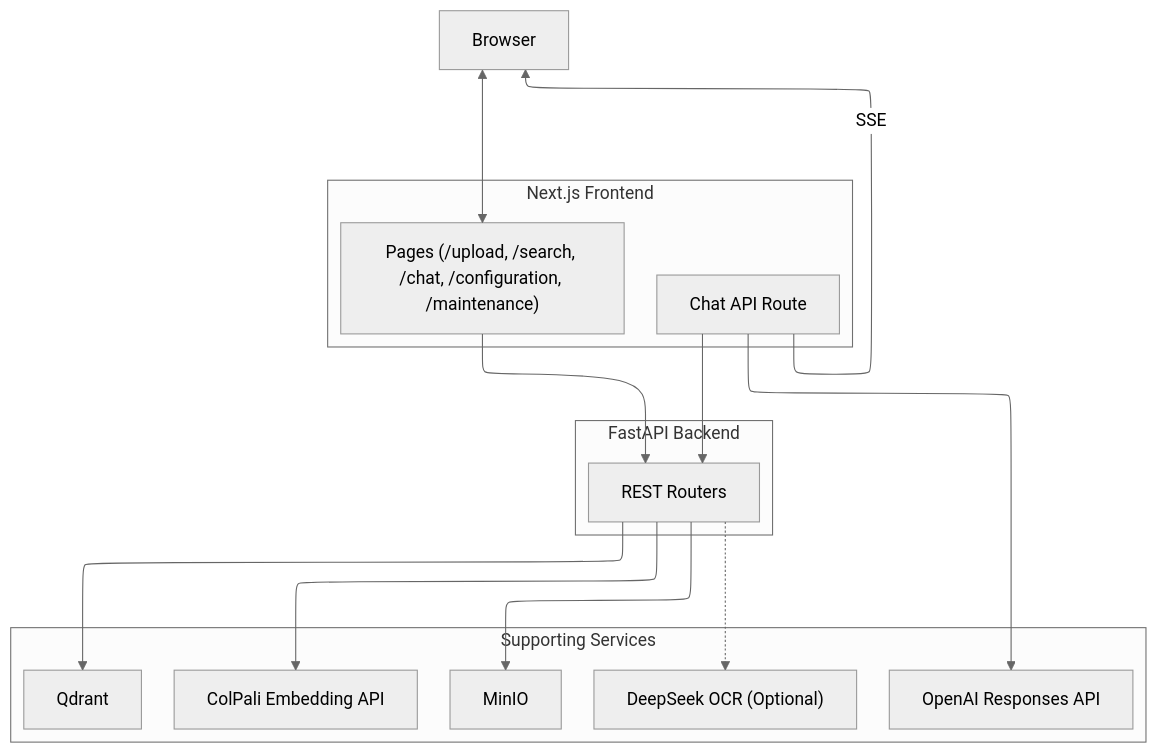
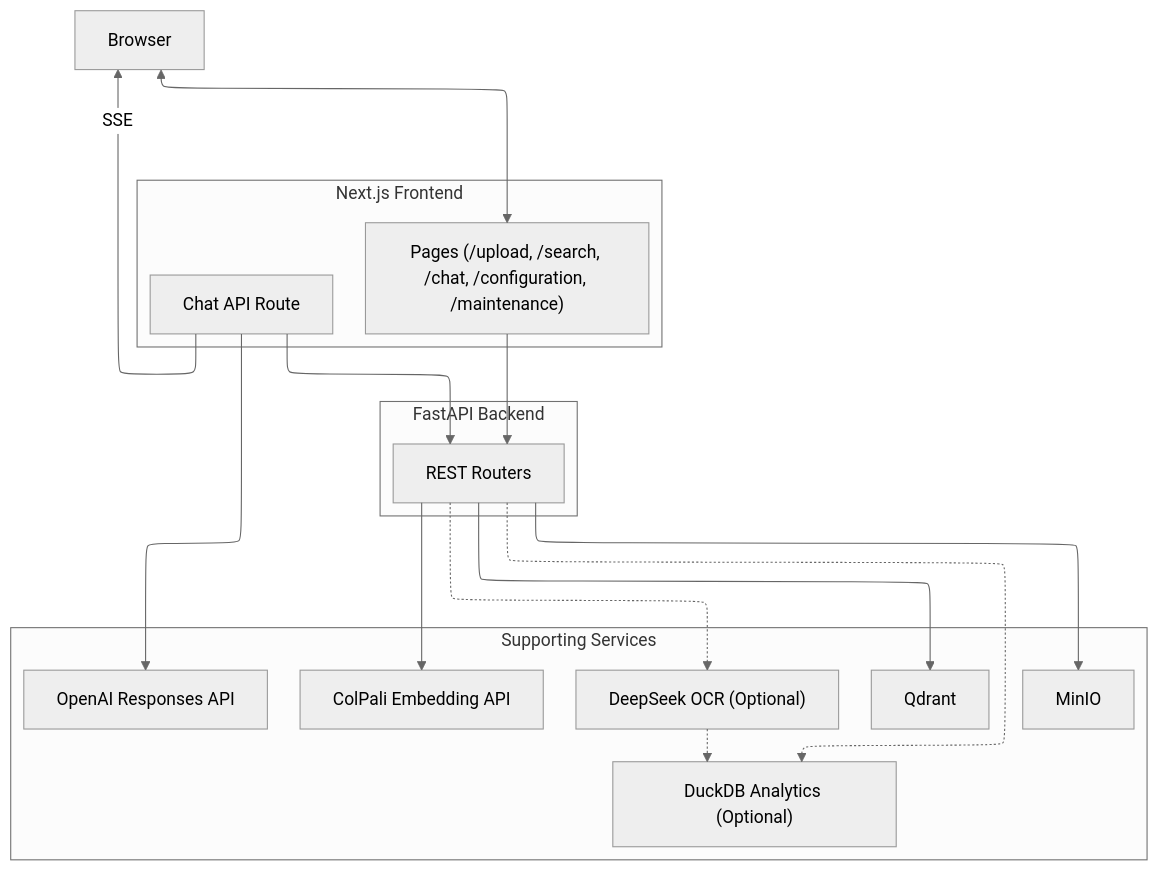
One commit to athrael-soju/Snappy changed the diagram in README.md. Above: the diagram before and after it, drawn with Mermaid. The commit also changed other lines of this file and 22 other files, not shown here.

````diff
--- a/README.md
+++ b/README.md
@@ -82,34 +82,37 @@
 ```mermaid
 ---
 config:
   theme: neutral
   layout: elk
 ---
 flowchart TB
   subgraph Frontend["Next.js Frontend"]
     UI["Pages (/upload, /search, /chat, /configuration, /maintenance)"]
     CHAT["Chat API Route"]
   end
 
   subgraph Backend["FastAPI Backend"]
     API["REST Routers"]
   end
 
   subgraph Services["Supporting Services"]
     QDRANT["Qdrant"]
     MINIO["MinIO"]
     COLPALI["ColPali Embedding API"]
     DEEPSEEK["DeepSeek OCR (Optional)"]
+    DUCKDB["DuckDB Analytics (Optional)"]
     OPENAI["OpenAI Responses API"]
   end
 
   USER["Browser"] <--> UI
   UI --> API
   API --> QDRANT
   API --> MINIO
   API --> COLPALI
   API -.-> DEEPSEEK
+  API -.-> DUCKDB
+  DEEPSEEK -.-> DUCKDB
   CHAT --> API
   CHAT --> OPENAI
   CHAT -- SSE --> USER
 ```
````
